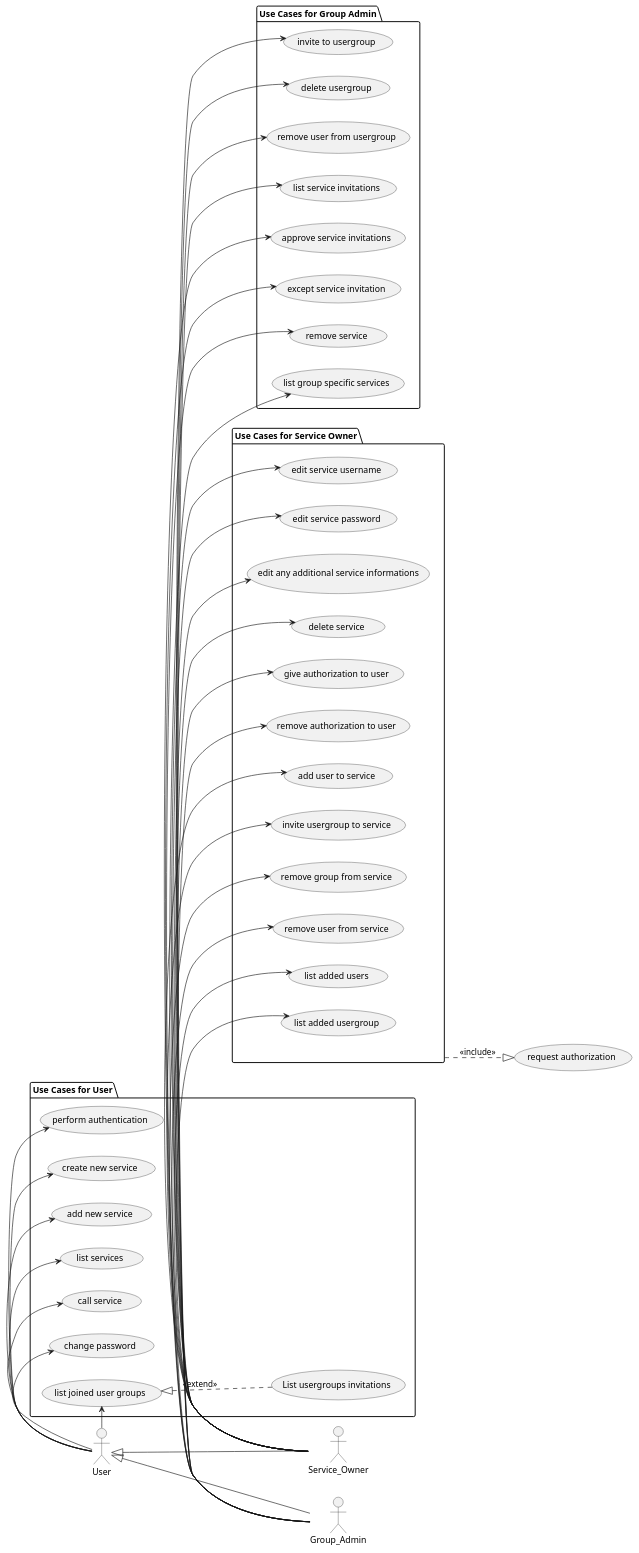
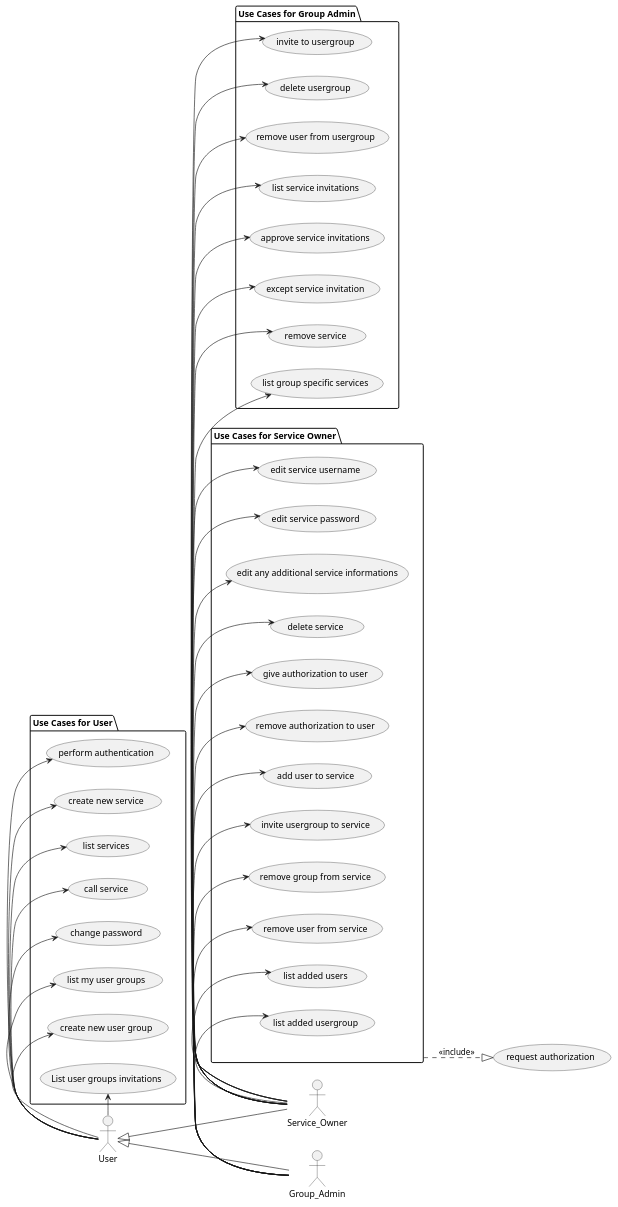
The diagram in doc/usecase.plantuml (sesogr/auth-share), drawn with PlantUML before and after one commit.

Commit message:
fix: use case names

```diff
--- a/doc/usecase.plantuml
+++ b/doc/usecase.plantuml
@@ -1,84 +1,84 @@
 @startuml
 
 left to right direction
 
 actor User
 actor Service_Owner
 actor Group_Admin
 
 User <|-- Service_Owner
 User <|-- Group_Admin
 
 package "Use Cases for User" {
     (perform authentication) as PA
     (create new service) as CNS
-    (add new service) as ANS
     (list services) as LS
     (call service) as CS
     (change password) as CP
-    (list joined user groups) as LJUG
-    usecase "List usergroups invitations" as UC1
+    (list my user groups) as LMUG
+    (create new user group) as CNUG
+    (List user groups invitations) as LUGI
 }
 
 User -> PA
 User -> CNS
-User -> ANS
 User -> LS
 User -> CS
 User -> CP
-User -> LJUG
-LJUG <|.. UC1 : <<extend>>
+User -> LMUG
+User -> CNUG
+User -> LUGI
 
 package "Use Cases for Service Owner" as SO{
     (edit service username) as ESU
     (edit service password) as ESP
     (edit any additional service informations) as EASI
     (delete service) as DS
     
     (give authorization to user) as G_AUTH
     (remove authorization to user) as R_AUTH
     (add user to service) as AUTS
     (invite usergroup to service) as IUFS
     (remove group from service) as RGFS
     (remove user from service) as RUFS
     (list added users) as LAU
     (list added usergroup) as LAG
 }
 
 (request authorization) as AUTH
 
 Service_Owner -> ESU
 Service_Owner -> ESP
 Service_Owner -> EASI
 Service_Owner -> DS
 SO ..|> AUTH : <<include>>
 Service_Owner -> G_AUTH
 Service_Owner -> R_AUTH
 Service_Owner -> AUTS
 Service_Owner -> IUFS
 Service_Owner -> RGFS
 Service_Owner -> RUFS
 Service_Owner -> LAU
 Service_Owner -> LAG
 
 package "Use Cases for Group Admin" {
     (invite to usergroup) as ITG
     (delete usergroup) as DG
     (remove user from usergroup) as RUFG
     (list service invitations) as LSI
     (approve service invitations) as ASI
     (except service invitation) as ESI
     (remove service) as RS
     (list group specific services) as LGSS
 }
 
 Group_Admin -> ITG
 Group_Admin -> DG
 Group_Admin -> RUFG
 Group_Admin -> LSI
 Group_Admin -> ASI
 Group_Admin -> ESI
 Group_Admin -> RS
 Group_Admin -> LGSS
 
 @enduml
```
